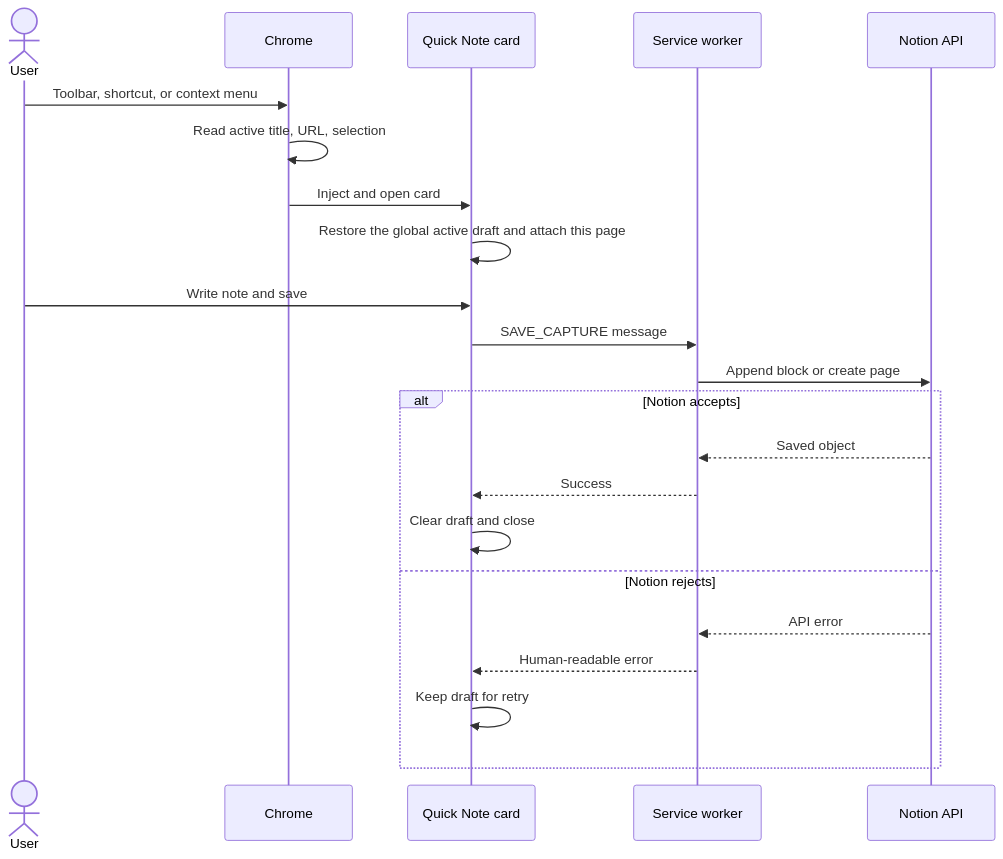
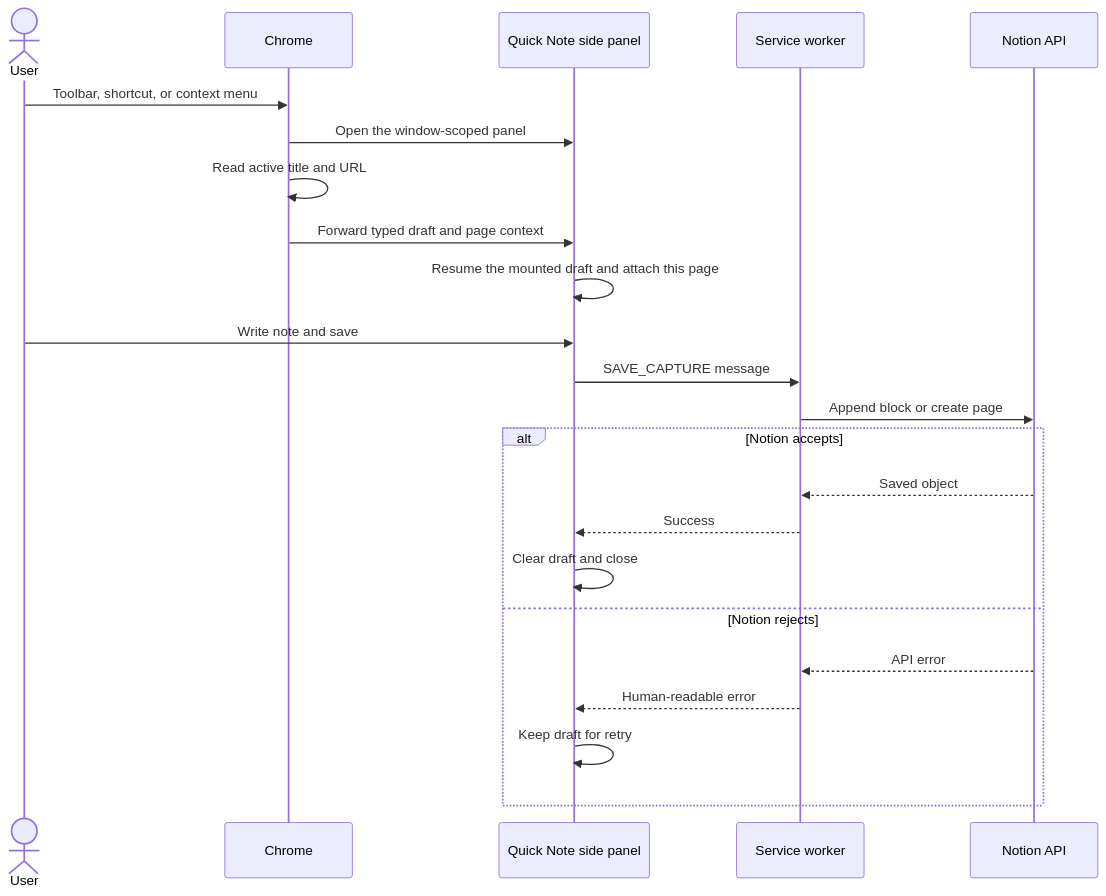
Before and after one commit to fantomsuj/notion-quick-note: the third of 10 diagrams in docs/VISUAL_GUIDE.md, drawn with Mermaid. The commit also changed other lines of this file and 71 other files, not shown here.

````diff
--- a/docs/VISUAL_GUIDE.md
+++ b/docs/VISUAL_GUIDE.md
@@ -58,25 +61,26 @@
 ```mermaid
 sequenceDiagram
   actor U as User
   participant C as Chrome
-  participant Q as Quick Note card
+  participant Q as Quick Note side panel
   participant W as Service worker
   participant N as Notion API
 
   U->>C: Toolbar, shortcut, or context menu
-  C->>C: Read active title, URL, selection
-  C->>Q: Inject and open card
-  Q->>Q: Restore the global active draft and attach this page
+  C->>Q: Open the window-scoped panel
+  C->>C: Read active title and URL
+  C->>Q: Forward typed draft and page context
+  Q->>Q: Resume the mounted draft and attach this page
   U->>Q: Write note and save
   Q->>W: SAVE_CAPTURE message
   W->>N: Append block or create page
   alt Notion accepts
     N-->>W: Saved object
     W-->>Q: Success
     Q->>Q: Clear draft and close
   else Notion rejects
     N-->>W: API error
     W-->>Q: Human-readable error
     Q->>Q: Keep draft for retry
   end
 ```
````
